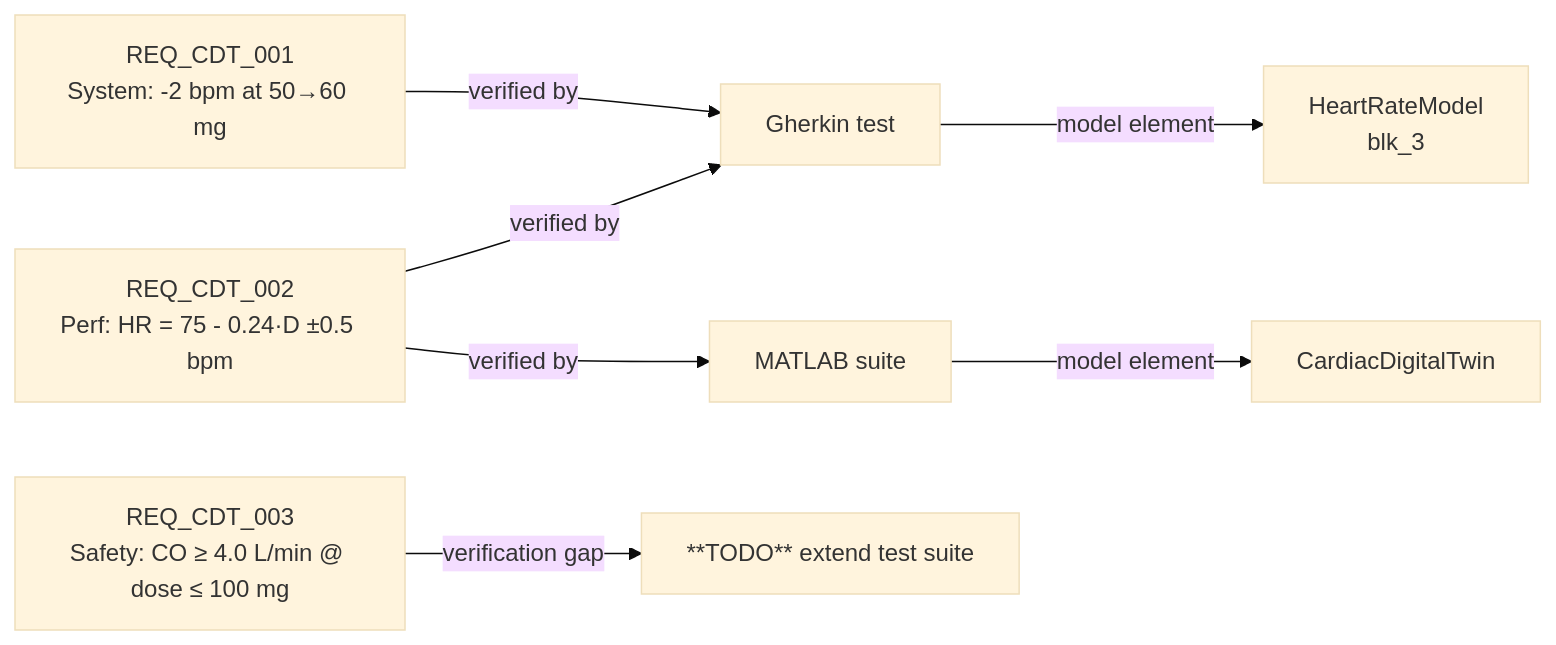
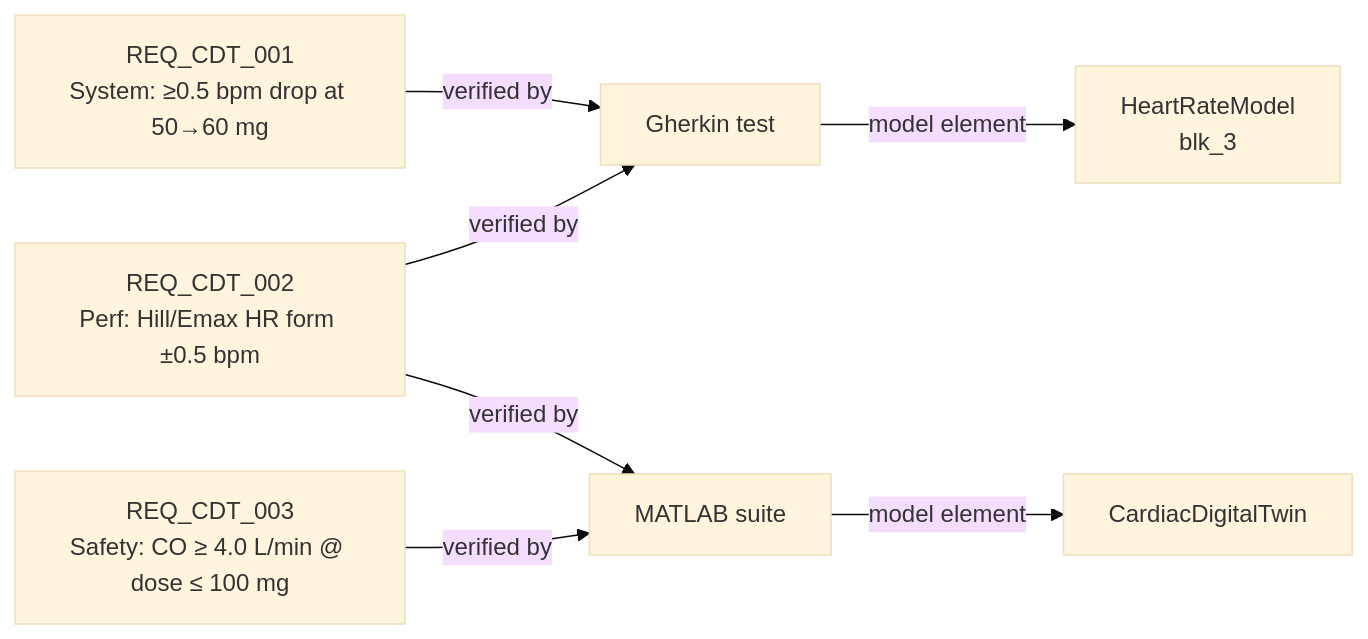
Before and after one commit to samueltauil/cardiac-digital-twin: the diagram in docs/validation.md, drawn with Mermaid (base theme). The commit also changed other lines of this file and 30 other files, not shown here.

````diff
--- a/docs/validation.md
+++ b/docs/validation.md
@@ -141,10 +150,10 @@
 ```mermaid
 flowchart LR
-    REQ001[REQ_CDT_001<br/>System: -2 bpm at 50→60 mg] -->|verified by| GH[Gherkin test]
-    REQ002[REQ_CDT_002<br/>Perf: HR = 75 - 0.24·D ±0.5 bpm] -->|verified by| GH
+    REQ001[REQ_CDT_001<br/>System: ≥0.5 bpm drop at 50→60 mg] -->|verified by| GH[Gherkin test]
+    REQ002[REQ_CDT_002<br/>Perf: Hill/Emax HR form ±0.5 bpm] -->|verified by| GH
     REQ002 -->|verified by| ML[MATLAB suite]
-    REQ003[REQ_CDT_003<br/>Safety: CO ≥ 4.0 L/min @ dose ≤ 100 mg] -->|verification gap| TODO[**TODO** extend test suite]
+    REQ003[REQ_CDT_003<br/>Safety: CO ≥ 4.0 L/min @ dose ≤ 100 mg] -->|verified by| ML
 
     GH -->|model element| HR[HeartRateModel<br/>blk_3]
     ML -->|model element| Root[CardiacDigitalTwin]
 ```
````
